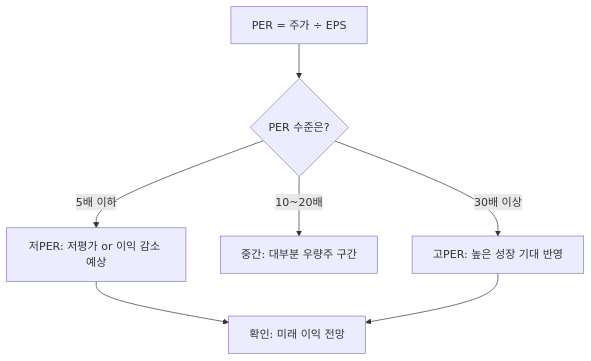
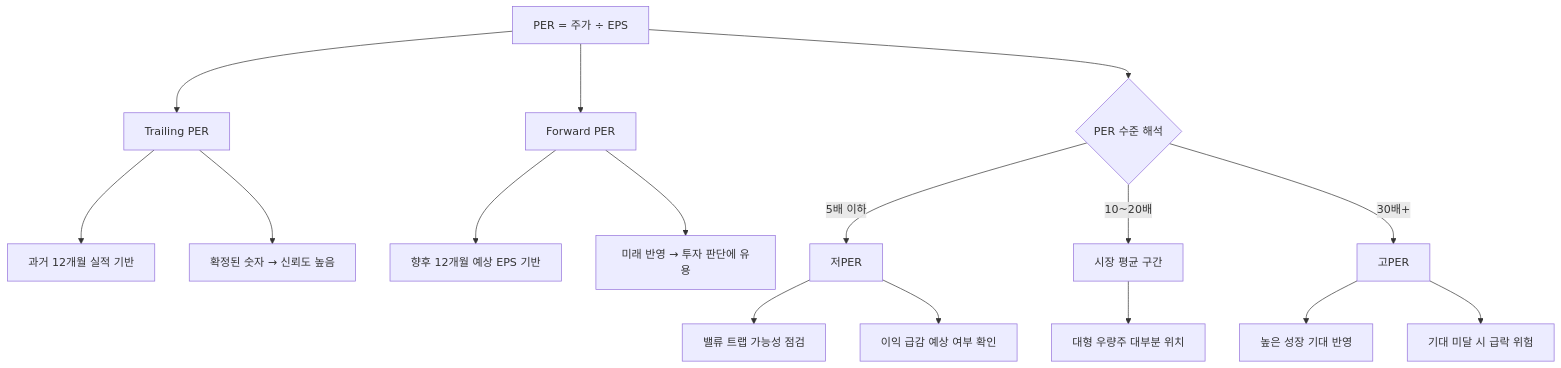
One commit to yeongseon/stock-visual-note changed the diagram in content/stock-terms/ko/level-05-valuation/per.md. Above: the diagram before and after it, drawn with Mermaid. The commit also changed other lines of this file, not shown here.

Commit message:
content: rewrite per.md — 코리아반도체 시나리오, 16노드 Mermaid, Trailing/Forward 비교 확장

````diff
--- a/content/stock-terms/ko/level-05-valuation/per.md
+++ b/content/stock-terms/ko/level-05-valuation/per.md
@@ -43,9 +43,19 @@
 ```mermaid
 graph TD
-    A["PER = 주가 ÷ EPS"] --> B{"PER 수준은?"}
-    B -->|"5배 이하"| C["저PER: 저평가 or 이익 감소 예상"]
-    B -->|"10~20배"| D["중간: 대부분 우량주 구간"]
-    B -->|"30배 이상"| E["고PER: 높은 성장 기대 반영"]
-    C --> F["확인: 미래 이익 전망"]
-    E --> F
+    A["PER = 주가 ÷ EPS"]
+    A --> B["Trailing PER"]
+    A --> C["Forward PER"]
+    B --> B1["과거 12개월 실적 기반"]
+    B --> B2["확정된 숫자 → 신뢰도 높음"]
+    C --> C1["향후 12개월 예상 EPS 기반"]
+    C --> C2["미래 반영 → 투자 판단에 유용"]
+    A --> D{"PER 수준 해석"}
+    D -->|"5배 이하"| E["저PER"]
+    D -->|"10~20배"| F["시장 평균 구간"]
+    D -->|"30배+"| G["고PER"]
+    E --> E1["밸류 트랩 가능성 점검"]
+    E --> E2["이익 급감 예상 여부 확인"]
+    F --> F1["대형 우량주 대부분 위치"]
+    G --> G1["높은 성장 기대 반영"]
+    G --> G2["기대 미달 시 급락 위험"]
 ```
````
